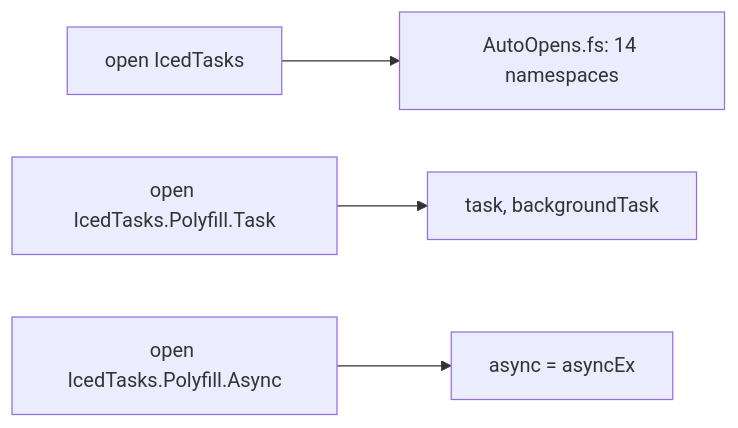
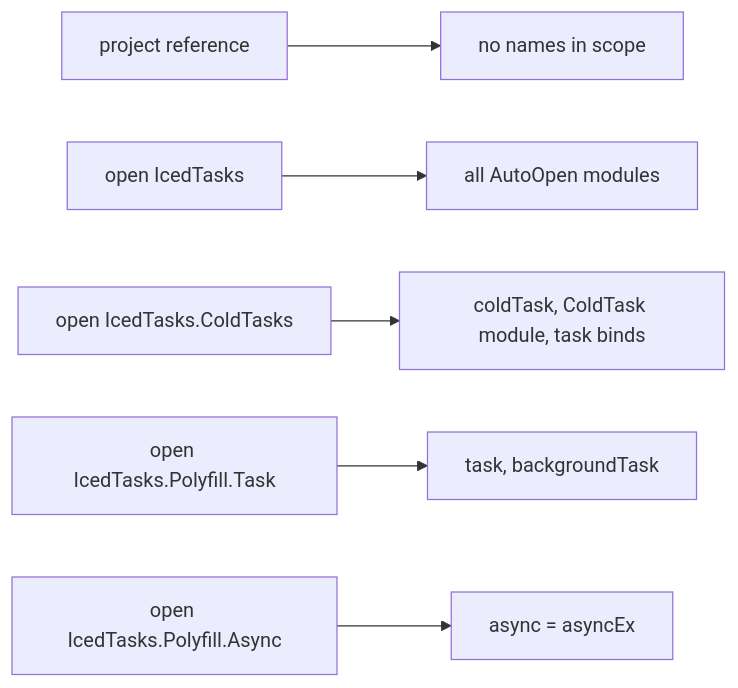
One commit to TheAngryByrd/IcedTasks changed the diagram in lode/builders/namespaces-and-tfms.md. Above: the diagram before and after it, drawn with Mermaid. The commit also changed other lines of this file and 51 other files, not shown here.

First line of the commit message:
Restore the 0.11.9 namespace layout and remove the assembly-level AutoOpen (#78)

````diff
--- a/lode/builders/namespaces-and-tfms.md
+++ b/lode/builders/namespaces-and-tfms.md
@@ -33,6 +50,8 @@
 ```mermaid
 flowchart LR
-    user["open IcedTasks"] --> auto["AutoOpens.fs: 14 namespaces"]
+    ref["project reference"] --> none["no names in scope"]
+    root["open IcedTasks"] --> mods["all AutoOpen modules"]
+    one["open IcedTasks.ColdTasks"] --> cold["coldTask, ColdTask module, task binds"]
     poly1["open IcedTasks.Polyfill.Task"] --> task["task, backgroundTask"]
     poly2["open IcedTasks.Polyfill.Async"] --> asyncs["async = asyncEx"]
 ```
````
